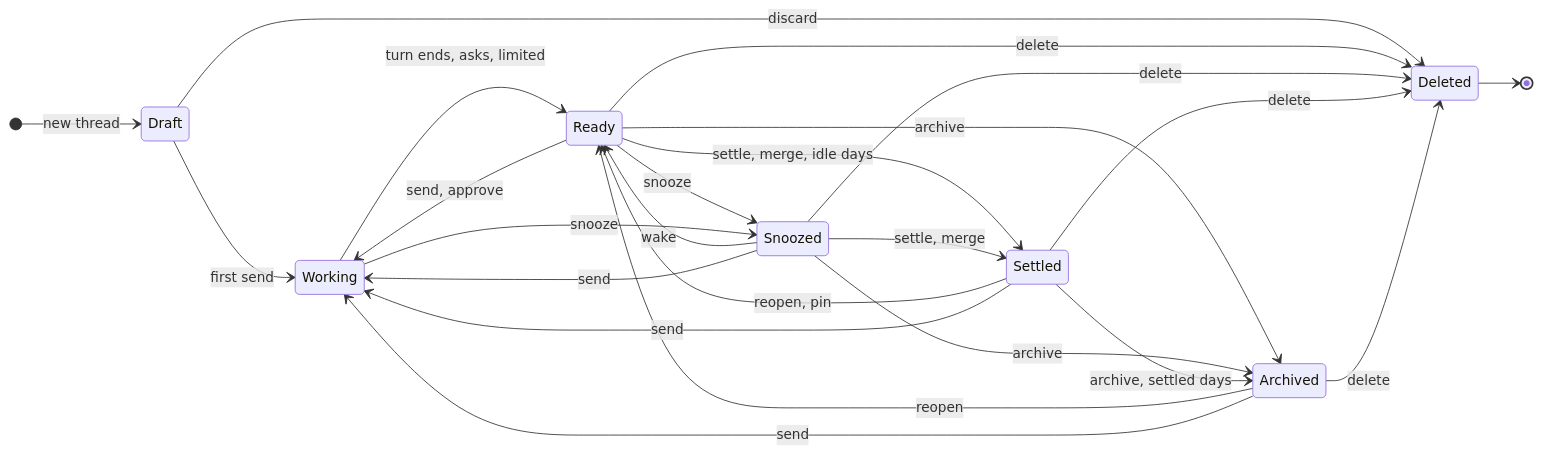
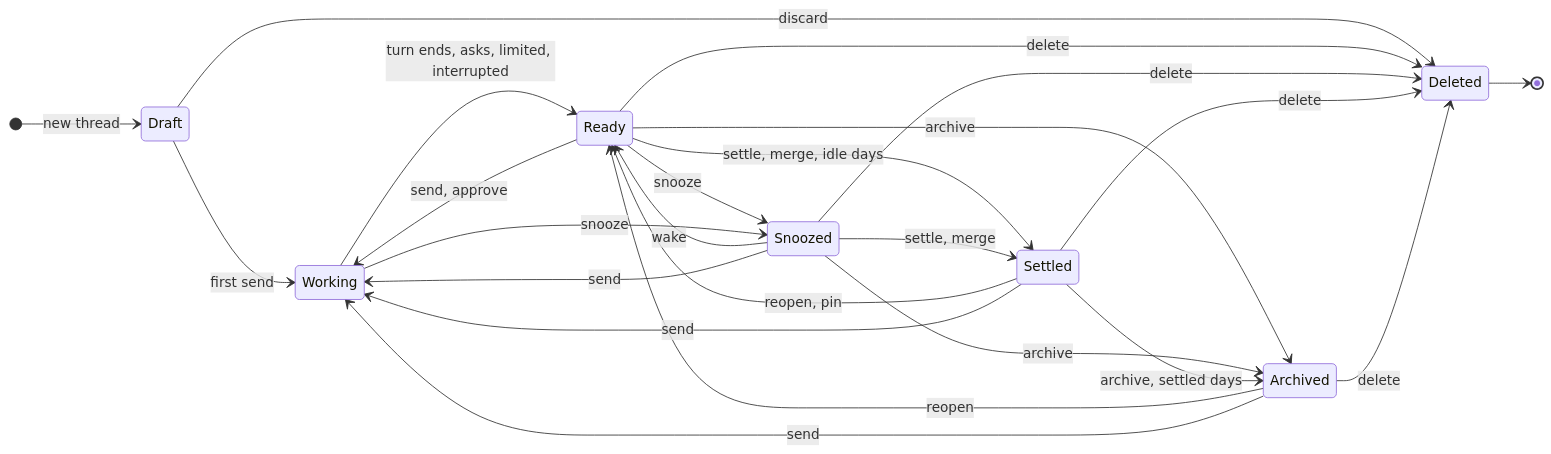
One commit to hinadev-ai/hinacode changed diagram 14 of 19 in docs/arch.md. Above: the diagram before and after it, drawn with Mermaid. The commit also changed other lines of this file and 14 other files, not shown here.

````diff
--- a/docs/arch.md
+++ b/docs/arch.md
@@ -566,27 +572,27 @@
 ```mermaid
 stateDiagram-v2
   direction LR
   [*] --> Draft: new thread
   Draft --> Working: first send
   Draft --> Deleted: discard
-  Working --> Ready: turn ends, asks, limited
+  Working --> Ready: turn ends, asks, limited, interrupted
   Ready --> Working: send, approve
   Ready --> Snoozed: snooze
   Working --> Snoozed: snooze
   Snoozed --> Ready: wake
   Snoozed --> Working: send
   Ready --> Settled: settle, merge, idle days
   Snoozed --> Settled: settle, merge
   Settled --> Ready: reopen, pin
   Settled --> Working: send
   Ready --> Archived: archive
   Snoozed --> Archived: archive
   Settled --> Archived: archive, settled days
   Archived --> Ready: reopen
   Archived --> Working: send
   Ready --> Deleted: delete
   Snoozed --> Deleted: delete
   Settled --> Deleted: delete
   Archived --> Deleted: delete
   Deleted --> [*]
 ```
````
